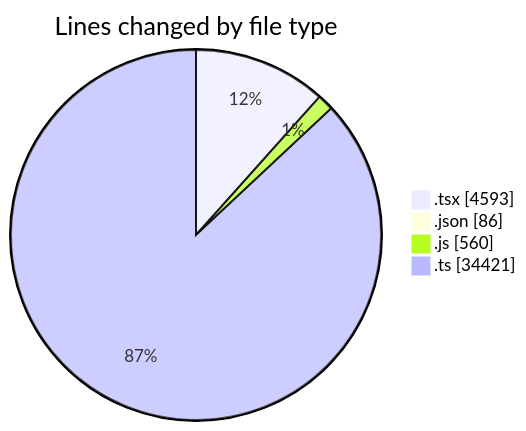
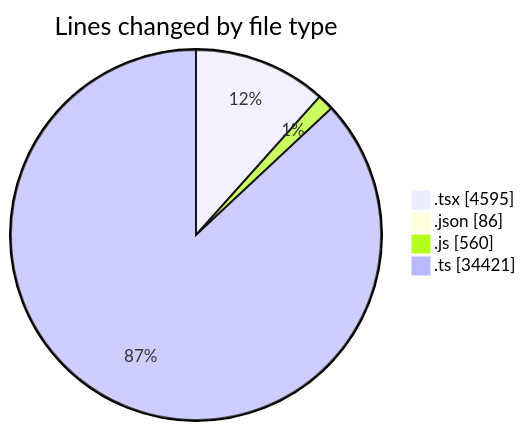
Before and after one commit to momahboobian/code-tracking: the first of 2 diagrams in 2025-11-10/cda/README.md, drawn with Mermaid. The commit also changed other lines of this file and 1 other file, not shown here.

````diff
--- a/2025-11-10/cda/README.md
+++ b/2025-11-10/cda/README.md
@@ -42,8 +42,8 @@
 ```mermaid
 pie showData
 title Lines changed by file type
-".tsx" : 4593
+".tsx" : 4595
 ".json" : 86
 ".js" : 560
 ".ts" : 34421
 ```
````
